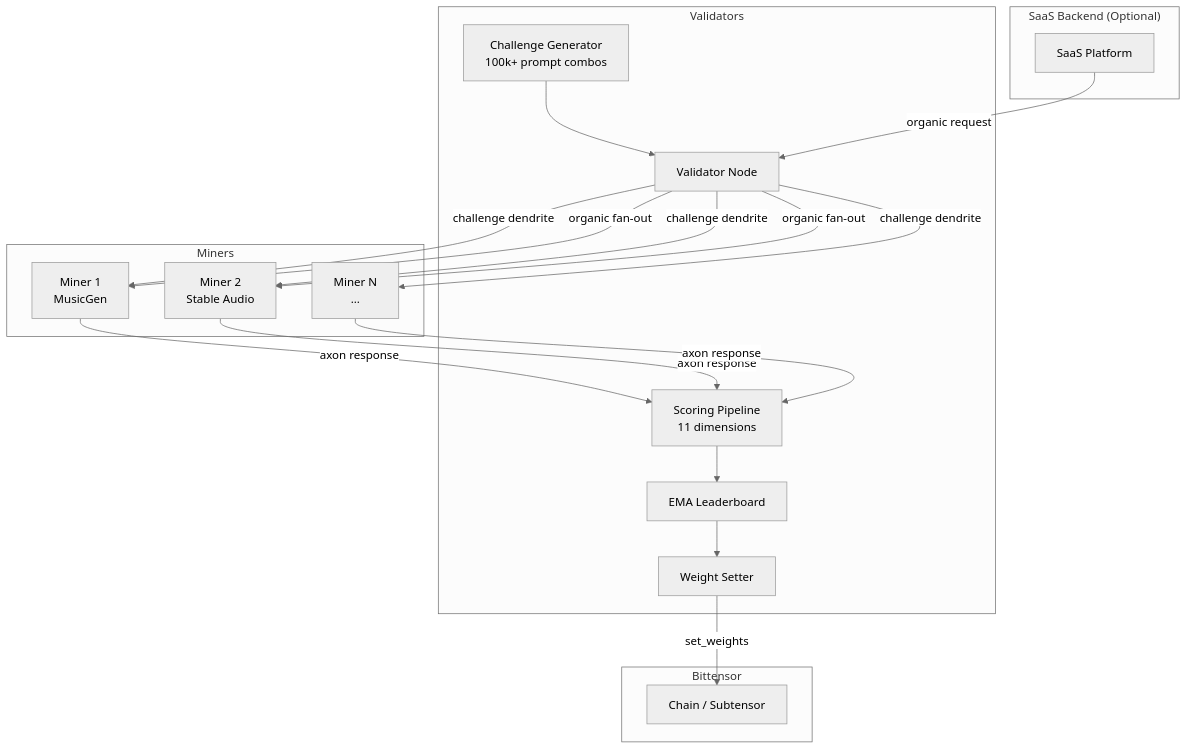
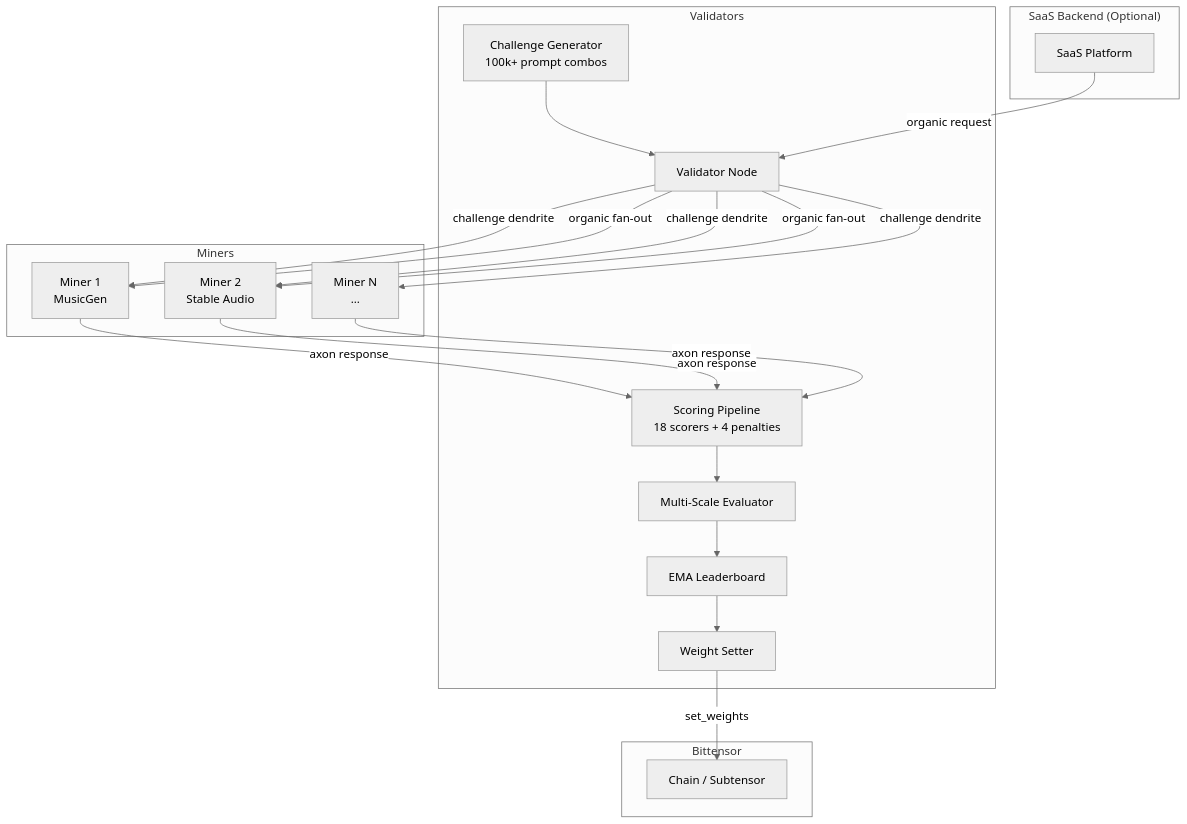
One commit to borgg-dev/tuneforge changed the first of 2 diagrams in README.md. Above: the diagram before and after it, drawn with Mermaid (neutral theme). The commit also changed other lines of this file and 27 other files, not shown here.

````diff
--- a/README.md
+++ b/README.md
@@ -35,39 +36,41 @@
 ```mermaid
 graph TB
     subgraph Validators
         V[Validator Node]
         CG[Challenge Generator<br/>100k+ prompt combos]
-        SC[Scoring Pipeline<br/>11 dimensions]
+        SC[Scoring Pipeline<br/>18 scorers + 4 penalties]
+        MS[Multi-Scale Evaluator]
         LB[EMA Leaderboard]
         WS[Weight Setter]
     end
 
     subgraph Miners
         M1[Miner 1<br/>MusicGen]
         M2[Miner 2<br/>Stable Audio]
         M3[Miner N<br/>...]
     end
 
     subgraph "SaaS Backend (Optional)"
         API[SaaS Platform]
     end
 
     subgraph Bittensor
         CH[Chain / Subtensor]
     end
 
     V -->|challenge dendrite| M1
     V -->|challenge dendrite| M2
     V -->|challenge dendrite| M3
     M1 -->|axon response| SC
     M2 -->|axon response| SC
     M3 -->|axon response| SC
     CG --> V
-    SC --> LB
+    SC --> MS
+    MS --> LB
     LB --> WS
     WS -->|set_weights| CH
 
     API -->|organic request| V
     V -->|organic fan-out| M1
     V -->|organic fan-out| M2
 ```
````
